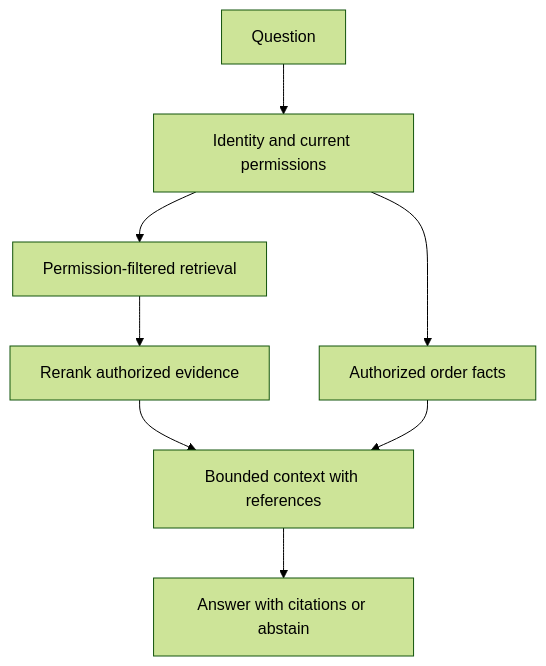
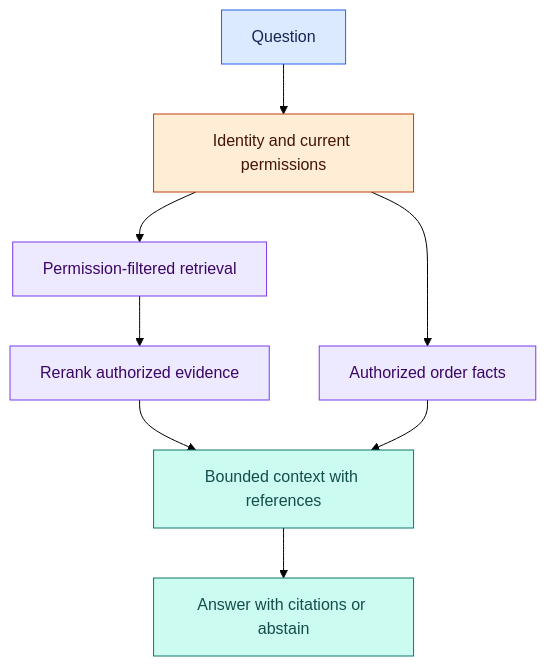
The third of 3 diagrams in chapters/07-production-walkthroughs-and-case-studies.md (Shaktiprasadram22/system-design-26-week-roadmap), drawn with Mermaid (forest theme) before and after one commit. The commit also changed other lines of this file and 21 other files, not shown here.

````diff
--- a/chapters/07-production-walkthroughs-and-case-studies.md
+++ b/chapters/07-production-walkthroughs-and-case-studies.md
@@ -150,10 +162,19 @@
 ```mermaid
 flowchart TD
     Q["Question"] --> Auth["Identity and current permissions"]
     Auth --> Search["Permission-filtered retrieval"]
     Search --> Rank["Rerank authorized evidence"]
     Rank --> Context["Bounded context with references"]
     Auth --> Tool["Authorized order facts"]
     Tool --> Context
     Context --> Answer["Answer with citations or abstain"]
+
+    classDef input fill:#dbeafe,stroke:#2563eb,color:#172554;
+    classDef service fill:#ede9fe,stroke:#7c3aed,color:#3b0764;
+    classDef data fill:#ccfbf1,stroke:#0f766e,color:#134e4a;
+    classDef edge fill:#ffedd5,stroke:#c2410c,color:#431407;
+    class Q input;
+    class Auth edge;
+    class Search,Rank,Tool service;
+    class Context,Answer data;
 ```
````
